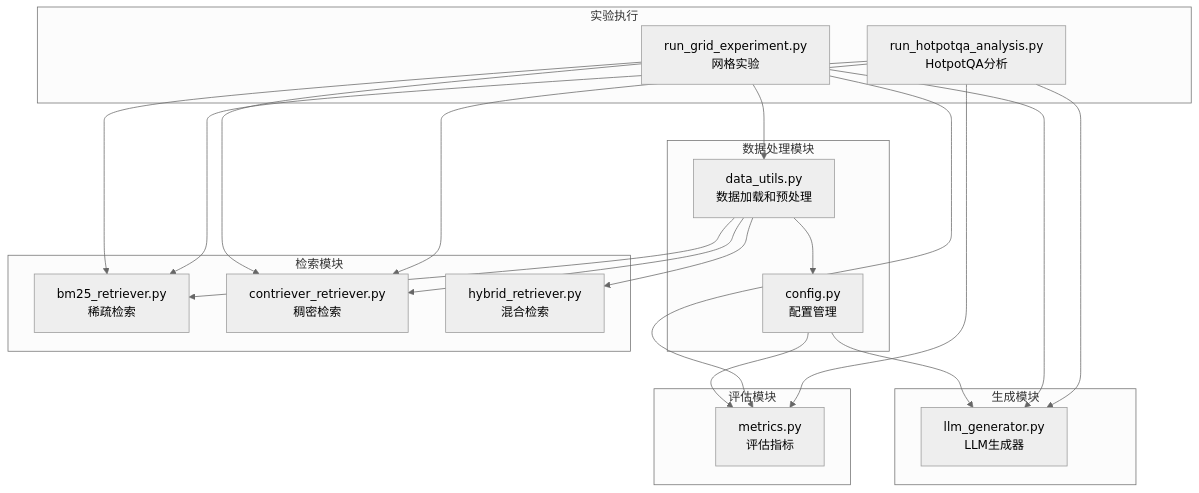
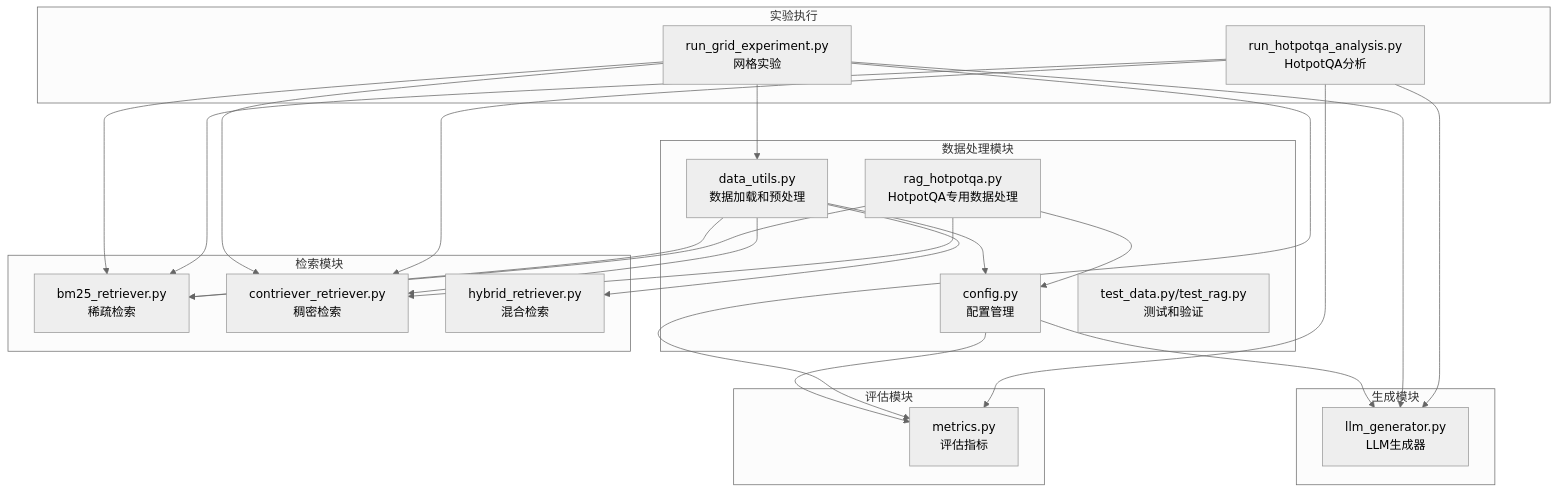
Before and after one commit to kitee0918/-nlp-rag-project: the first of 7 diagrams in .qoder/repowiki/zh/content/技术实现指南/数据处理管道.md, drawn with Mermaid (neutral theme). The commit also changed other lines of this file and 4 other files, not shown here.

````diff
--- a/.qoder/repowiki/zh/content/技术实现指南/数据处理管道.md
+++ b/.qoder/repowiki/zh/content/技术实现指南/数据处理管道.md
@@ -53,37 +53,42 @@
 ```mermaid
 graph TB
 subgraph "数据处理模块"
 DataUtils["data_utils.py<br/>数据加载和预处理"]
+HotpotQA["rag_hotpotqa.py<br/>HotpotQA专用数据处理"]
 Config["config.py<br/>配置管理"]
+TestFiles["test_data.py/test_rag.py<br/>测试和验证"]
 end
 subgraph "检索模块"
 BM25["bm25_retriever.py<br/>稀疏检索"]
 Contriever["contriever_retriever.py<br/>稠密检索"]
 Hybrid["hybrid_retriever.py<br/>混合检索"]
 end
 subgraph "生成模块"
 LLMGen["llm_generator.py<br/>LLM生成器"]
 end
 subgraph "评估模块"
 Metrics["metrics.py<br/>评估指标"]
 end
 subgraph "实验执行"
 GridExp["run_grid_experiment.py<br/>网格实验"]
-HotpotQA["run_hotpotqa_analysis.py<br/>HotpotQA分析"]
+HotpotQAAnalysis["run_hotpotqa_analysis.py<br/>HotpotQA分析"]
 end
 DataUtils --> Config
+HotpotQA --> Config
 DataUtils --> BM25
 DataUtils --> Contriever
 DataUtils --> Hybrid
+HotpotQA --> BM25
+HotpotQA --> Contriever
 Config --> LLMGen
 Config --> Metrics
 GridExp --> DataUtils
 GridExp --> BM25
 GridExp --> Contriever
 GridExp --> LLMGen
 GridExp --> Metrics
-HotpotQA --> BM25
-HotpotQA --> Contriever
-HotpotQA --> LLMGen
-HotpotQA --> Metrics
+HotpotQAAnalysis --> BM25
+HotpotQAAnalysis --> Contriever
+HotpotQAAnalysis --> LLMGen
+HotpotQAAnalysis --> Metrics
 ```
````
